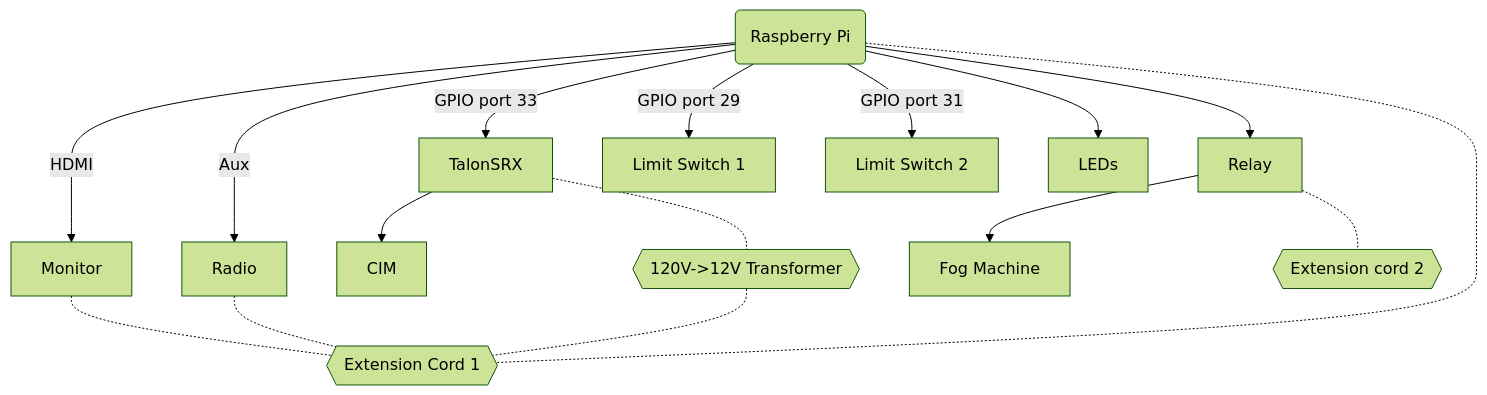
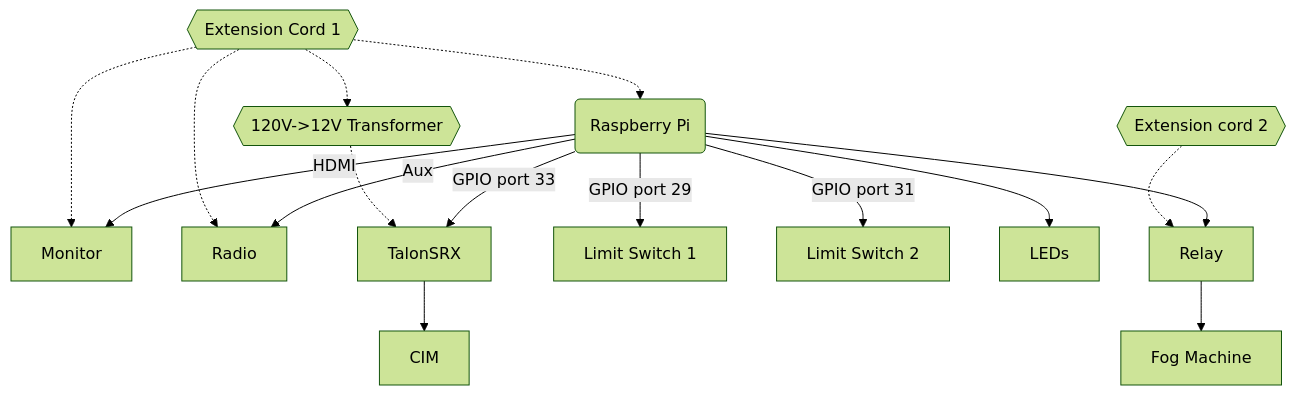
The diagram in README.md (ky28059/floats-2022), drawn with Mermaid (forest theme) before and after one commit.

Commit message:
Update README flowchart flow

````diff
--- a/README.md
+++ b/README.md
@@ -6,18 +6,18 @@
 ```mermaid
 graph TD;
     Pi(Raspberry Pi)-->|HDMI|Monitor;
     Pi-->|Aux|Radio;
     Pi-->|GPIO port 33|TalonSRX;
     TalonSRX-->CIM;
-    TalonSRX-.-T{{120V->12V Transformer}};
-    T-.-E1{{Extension Cord 1}};
+    T{{120V->12V Transformer}}-.->TalonSRX;
+    E1{{Extension Cord 1}}-.->T;
     Pi-->|GPIO port 29|L1[Limit Switch 1];
     Pi-->|GPIO port 31|L2[Limit Switch 2];
     Pi-->LEDs;
     Pi-->Relay;
     Relay-->F[Fog Machine];
-    Relay-.-E2{{Extension cord 2}};
-    Pi-.-E1;
-    Monitor-.-E1;
-    Radio-.-E1;
+    E2{{Extension cord 2}}-.->Relay;
+    E1-.->Pi;
+    E1-.->Monitor;
+    E1-.->Radio;
 ```
````
